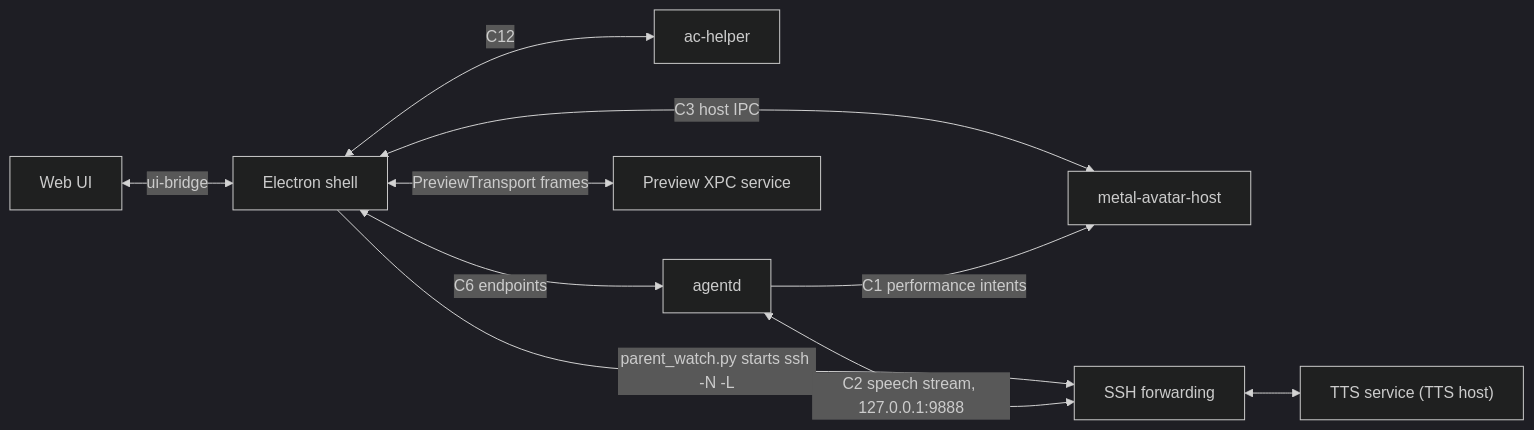
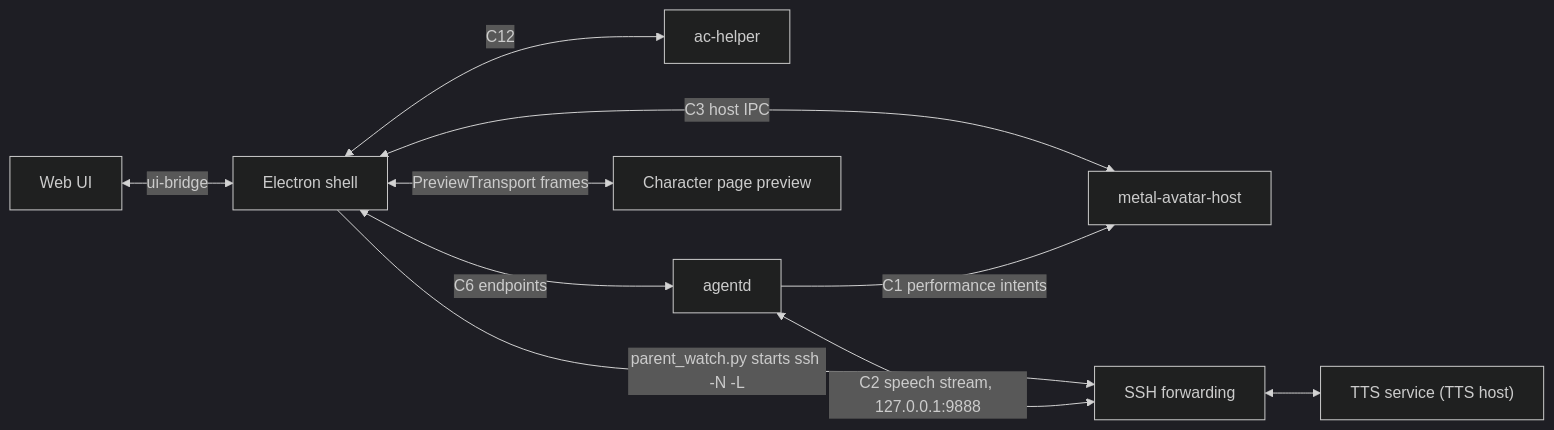
The diagram in docs/architecture/overview.en.md (Paradox07127/Automated-Agentic-Complex), drawn with Mermaid (dark theme) before and after one commit. The commit also changed other lines of this file and 12 other files, not shown here.

````diff
--- a/docs/architecture/overview.en.md
+++ b/docs/architecture/overview.en.md
@@ -43,12 +43,12 @@
 ```mermaid
 flowchart LR
   W[Web UI] <-->|ui-bridge| C[Electron shell]
   C <-->|C12| X[ac-helper]
   C <-->|C6 endpoints| A[agentd]
   C <-->|C3 host IPC| H[metal-avatar-host]
-  C <-->|PreviewTransport frames| P[Preview XPC service]
+  C <-->|PreviewTransport frames| P[Character page preview]
   A -->|C1 performance intents| H
   C -->|parent_watch.py starts ssh -N -L| S[SSH forwarding]
   A <-->|C2 speech stream, 127.0.0.1:9888| S
   S <--> T["TTS service (TTS host)"]
 ```
````
